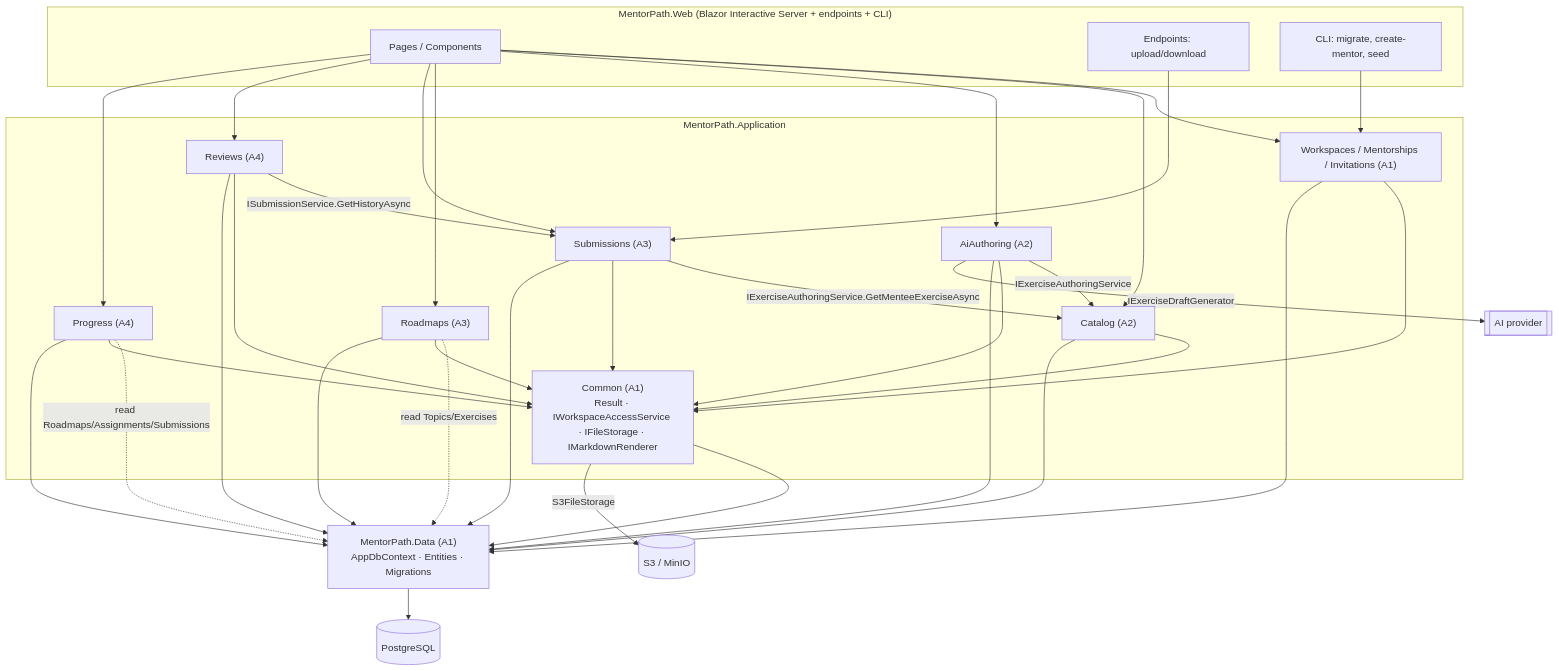
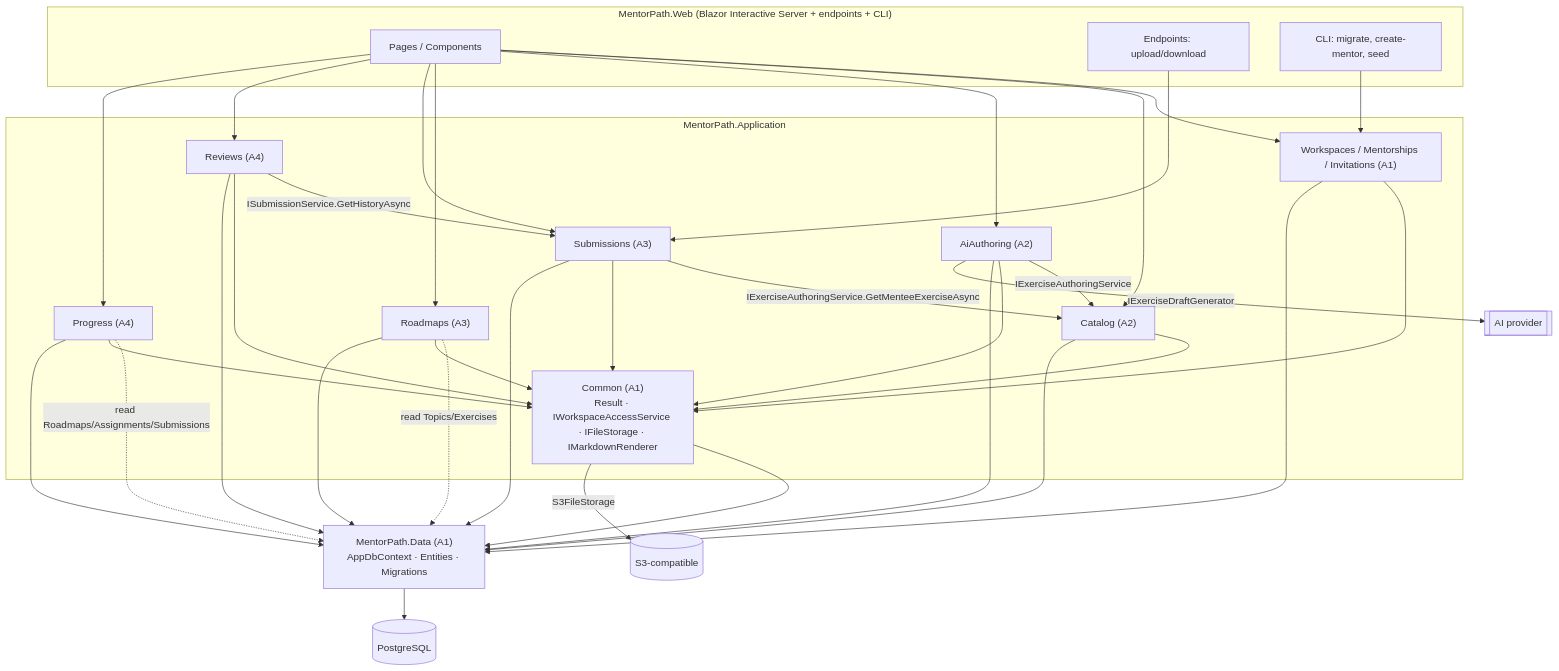
The diagram in docs/ARCHITECTURE.md (szkoladotneta/MentorPath), drawn with Mermaid before and after one commit. The commit also changed other lines of this file and 20 other files, not shown here.

````diff
--- a/docs/ARCHITECTURE.md
+++ b/docs/ARCHITECTURE.md
@@ -99,37 +102,37 @@
 ```mermaid
 flowchart TB
   subgraph Web["MentorPath.Web (Blazor Interactive Server + endpoints + CLI)"]
     UI[Pages / Components]
     EP[Endpoints: upload/download]
     CLI[CLI: migrate, create-mentor, seed]
   end
   subgraph App["MentorPath.Application"]
     COMMON["Common (A1)<br/>Result · IWorkspaceAccessService · IFileStorage · IMarkdownRenderer"]
     WS["Workspaces / Mentorships / Invitations (A1)"]
     CAT["Catalog (A2)"]
     AI["AiAuthoring (A2)"]
     RDM["Roadmaps (A3)"]
     SUB["Submissions (A3)"]
     REV["Reviews (A4)"]
     PRG["Progress (A4)"]
   end
   DATA["MentorPath.Data (A1)<br/>AppDbContext · Entities · Migrations"]
   PG[(PostgreSQL)]
-  S3[(S3 / MinIO)]
+  S3[(S3-compatible)]
   LLM[[AI provider]]
 
   UI --> WS & CAT & AI & RDM & SUB & REV & PRG
   EP --> SUB
   CLI --> WS
   AI -->|"IExerciseAuthoringService"| CAT
   RDM -.->|read Topics/Exercises| DATA
   SUB -->|"IExerciseAuthoringService.GetMenteeExerciseAsync"| CAT
   REV -->|"ISubmissionService.GetHistoryAsync"| SUB
   PRG -.->|read Roadmaps/Assignments/Submissions| DATA
   WS & CAT & AI & RDM & SUB & REV & PRG --> COMMON
   COMMON --> DATA
   WS & CAT & AI & RDM & SUB & REV & PRG --> DATA
   DATA --> PG
   COMMON -->|S3FileStorage| S3
   AI -->|IExerciseDraftGenerator| LLM
 ```
````
